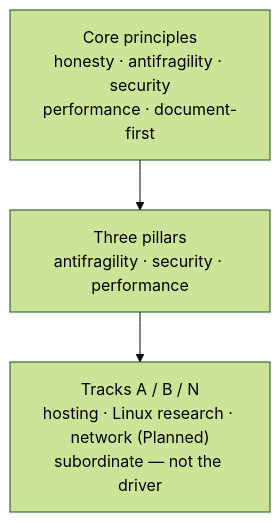
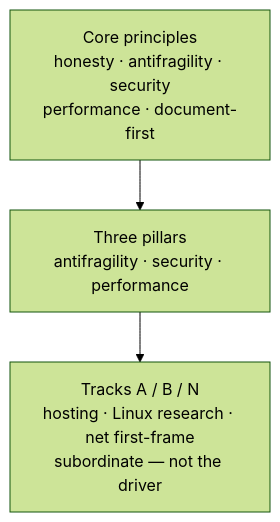
One commit to artofdream/ctos changed the first of 3 diagrams in docs/index.md. Above: the diagram before and after it, drawn with Mermaid (forest theme). The commit also changed other lines of this file and 12 other files, not shown here.

First line of the commit message:
feat: Track N/N1 virtio-net first Ethernet frame (ADR-066)

````diff
--- a/docs/index.md
+++ b/docs/index.md
@@ -29,7 +29,7 @@
 ```mermaid
 flowchart TD
   P["Core principles<br/>honesty · antifragility · security<br/>performance · document-first"]
   L["Three pillars<br/>antifragility · security · performance"]
-  T["Tracks A / B / N<br/>hosting · Linux research · network (Planned)<br/>subordinate — not the driver"]
+  T["Tracks A / B / N<br/>hosting · Linux research · net first-frame<br/>subordinate — not the driver"]
   P --> L --> T
 ```
````
